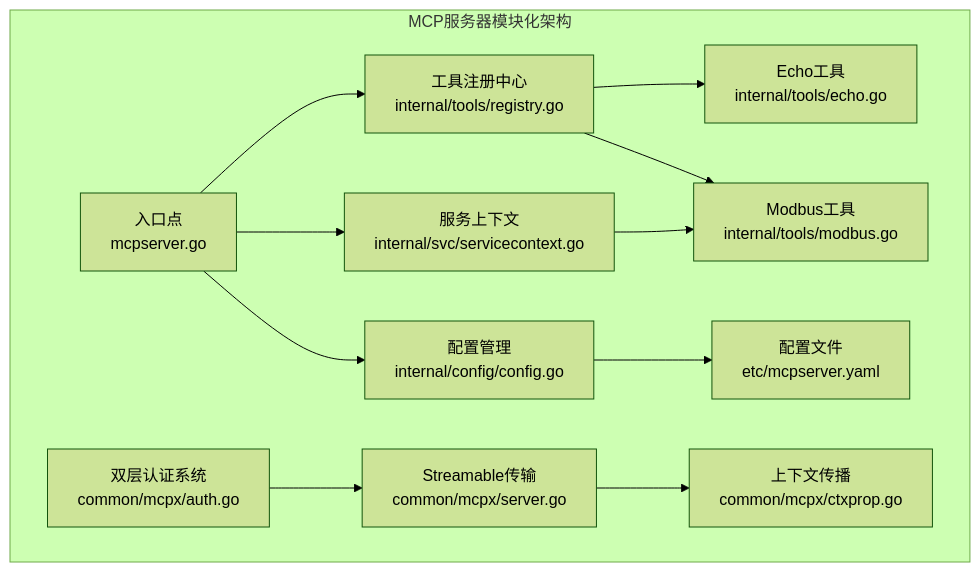
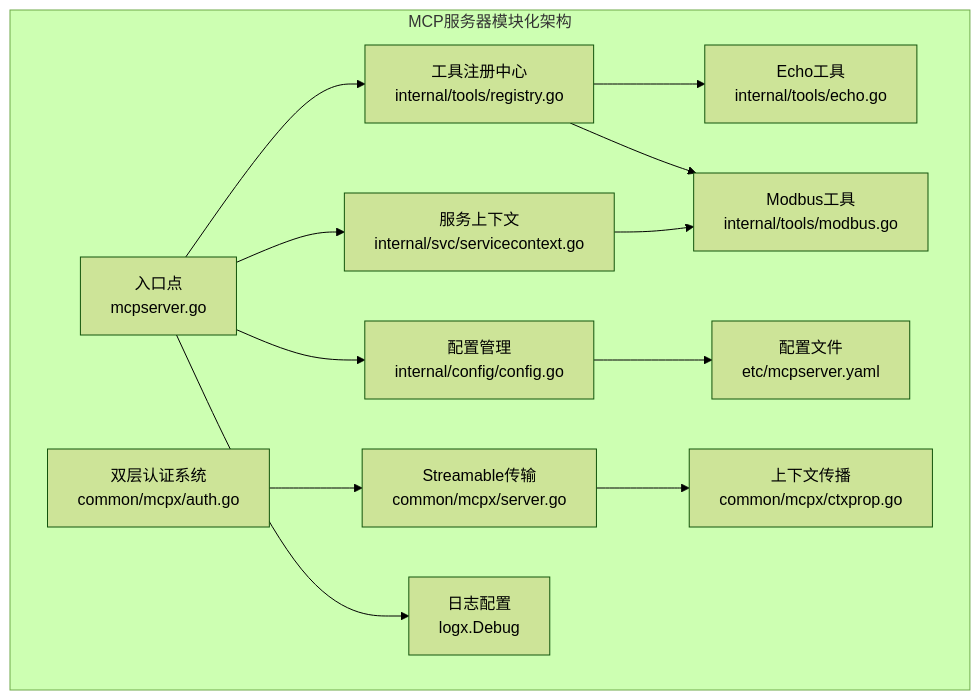
Before and after one commit to maomao94/zero-service: the first of 9 diagrams in .qoder/repowiki/zh/content/AI应用模块/MCP服务器.md, drawn with Mermaid (forest theme). The commit also changed other lines of this file and 29 other files, not shown here.

````diff
--- a/.qoder/repowiki/zh/content/AI应用模块/MCP服务器.md
+++ b/.qoder/repowiki/zh/content/AI应用模块/MCP服务器.md
@@ -116,24 +119,26 @@
 ```mermaid
 graph TB
 subgraph "MCP服务器模块化架构"
 CFG["配置管理<br/>internal/config/config.go"]
 CTX["服务上下文<br/>internal/svc/servicecontext.go"]
 REG["工具注册中心<br/>internal/tools/registry.go"]
 ECHO["Echo工具<br/>internal/tools/echo.go"]
 MODBUS["Modbus工具<br/>internal/tools/modbus.go"]
 ENTRY["入口点<br/>mcpserver.go"]
 CONF["配置文件<br/>etc/mcpserver.yaml"]
 AUTH["双层认证系统<br/>common/mcpx/auth.go"]
 STREAM["Streamable传输<br/>common/mcpx/server.go"]
 CTXPROP["上下文传播<br/>common/mcpx/ctxprop.go"]
+LOG["日志配置<br/>logx.Debug"]
 end
 ENTRY --> CFG
 ENTRY --> CTX
 ENTRY --> REG
 REG --> ECHO
 REG --> MODBUS
 CTX --> MODBUS
 CFG --> CONF
 AUTH --> STREAM
 STREAM --> CTXPROP
+ENTRY --> LOG
 ```
````
